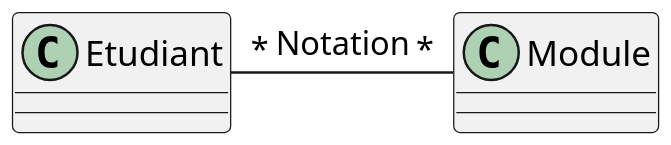
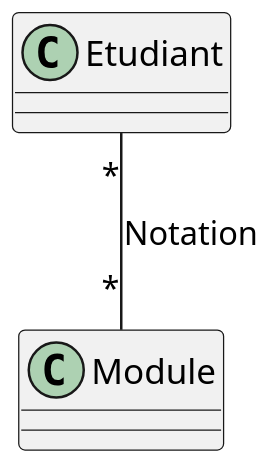
Before and after one commit to IUTInfoAix-M3106/TpJdbc: the diagram in src/main/resources/assets/NotationSimple.puml, drawn with PlantUML. The commit also changed 4 other files, not shown here.

```diff
--- a/src/main/resources/assets/NotationSimple.puml
+++ b/src/main/resources/assets/NotationSimple.puml
@@ -1,10 +1,8 @@
 @startuml
 scale 2
-
 class Etudiant
 
 class Module
 
-Etudiant "*" - "*" Module : Notation
-
+Etudiant "*" -- "*" Module : Notation
 @enduml
```
